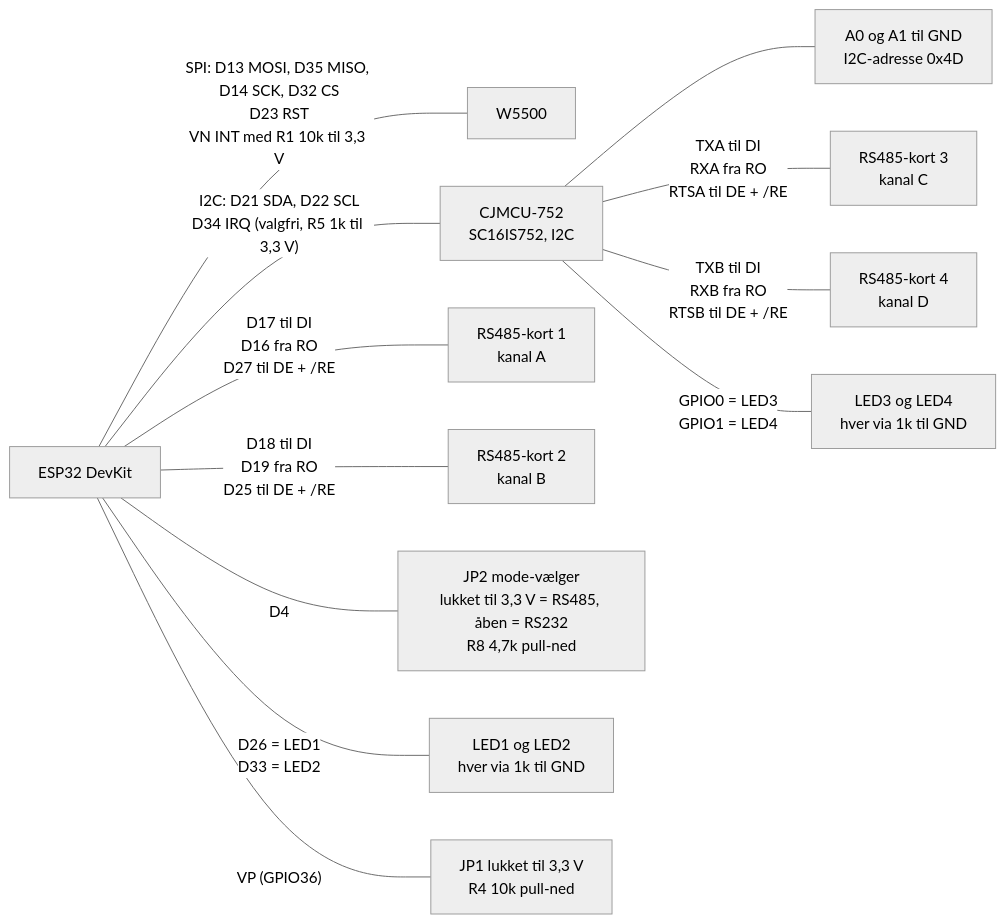
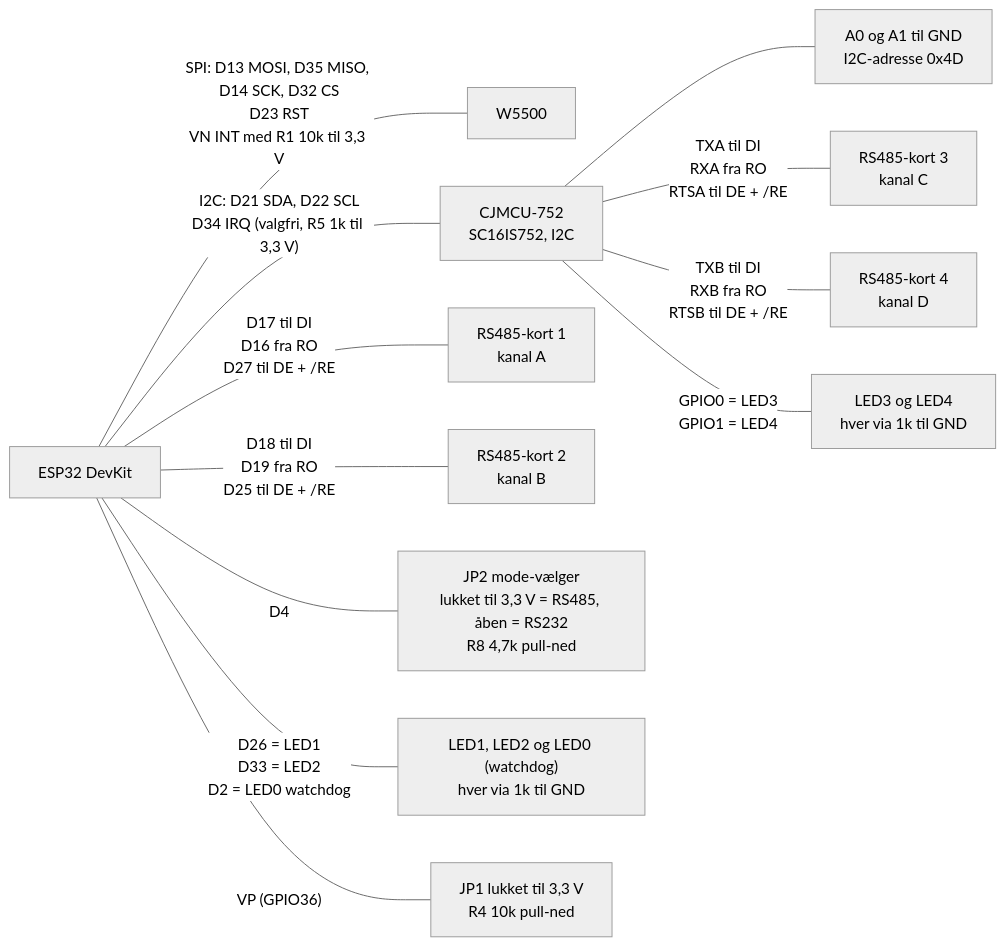
The second of 3 diagrams in docs/ESP32_W5500_UART_RS485_KOBLING.md (Jangreenlarsen/HypervisionPLC-Extension-board), drawn with Mermaid (neutral theme) before and after one commit. The commit also changed other lines of this file and 3 other files, not shown here.

Commit message:
docs: watchdog-LED0 (D2, R13 1k) tegnet ind i kablingsdiagrammerne og tabeller

````diff
--- a/docs/ESP32_W5500_UART_RS485_KOBLING.md
+++ b/docs/ESP32_W5500_UART_RS485_KOBLING.md
@@ -41,27 +41,27 @@
 ```mermaid
 flowchart LR
     ESP["ESP32 DevKit"]
     ETH["W5500"]
     CJ["CJMCU-752<br/>SC16IS752, I2C"]
     RS1["RS485-kort 1<br/>kanal A"]
     RS2["RS485-kort 2<br/>kanal B"]
     RS3["RS485-kort 3<br/>kanal C"]
     RS4["RS485-kort 4<br/>kanal D"]
     JP2["JP2 mode-vælger<br/>lukket til 3,3 V = RS485, åben = RS232<br/>R8 4,7k pull-ned"]
-    LED["LED1 og LED2<br/>hver via 1k til GND"]
+    LED["LED1, LED2 og LED0 (watchdog)<br/>hver via 1k til GND"]
     LEDCD["LED3 og LED4<br/>hver via 1k til GND"]
     EXP["JP1 lukket til 3,3 V<br/>R4 10k pull-ned"]
     ADR["A0 og A1 til GND<br/>I2C-adresse 0x4D"]
 
     ESP ---|"D17 til DI<br/>D16 fra RO<br/>D27 til DE + /RE"| RS1
     ESP ---|"D18 til DI<br/>D19 fra RO<br/>D25 til DE + /RE"| RS2
     ESP ---|"SPI: D13 MOSI, D35 MISO, D14 SCK, D32 CS<br/>D23 RST<br/>VN INT med R1 10k til 3,3 V"| ETH
     ESP ---|"I2C: D21 SDA, D22 SCL<br/>D34 IRQ (valgfri, R5 1k til 3,3 V)"| CJ
     CJ --- ADR
     CJ ---|"TXA til DI<br/>RXA fra RO<br/>RTSA til DE + /RE"| RS3
     CJ ---|"TXB til DI<br/>RXB fra RO<br/>RTSB til DE + /RE"| RS4
     CJ ---|"GPIO0 = LED3<br/>GPIO1 = LED4"| LEDCD
     ESP ---|"D4"| JP2
-    ESP ---|"D26 = LED1<br/>D33 = LED2"| LED
+    ESP ---|"D26 = LED1<br/>D33 = LED2<br/>D2 = LED0 watchdog"| LED
     ESP ---|"VP (GPIO36)"| EXP
 ```
````
